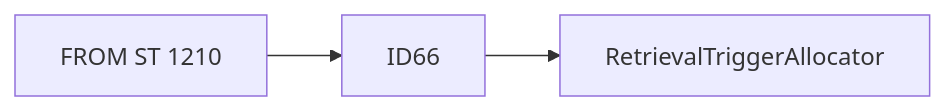
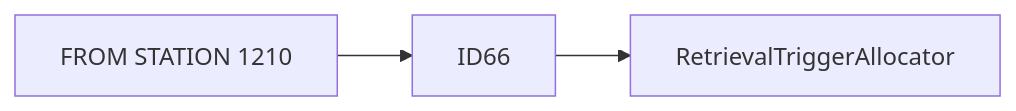
One commit to luthfiadityaa/SimeDarby-Wiki changed the first of 15 diagrams in Basic-Design/DFD-WMS/Retrieval/Stacked-Empty-Pallet.md. Above: the diagram before and after it, drawn with Mermaid.

Commit message:
Updated Stacked Empty Pallet

```diff
--- a/Basic-Design/DFD-WMS/Retrieval/Stacked-Empty-Pallet.md
+++ b/Basic-Design/DFD-WMS/Retrieval/Stacked-Empty-Pallet.md
@@ -10,5 +10,5 @@
 ::: mermaid
 flowchart LR
   
-P1[FROM ST 1210]-->P2[ID66]-->P3[RetrievalTriggerAllocator] 
+P1[FROM STATION 1210]-->P2[ID66]-->P3[RetrievalTriggerAllocator] 
 :::
```
